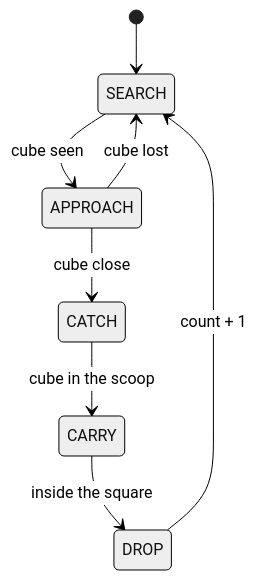
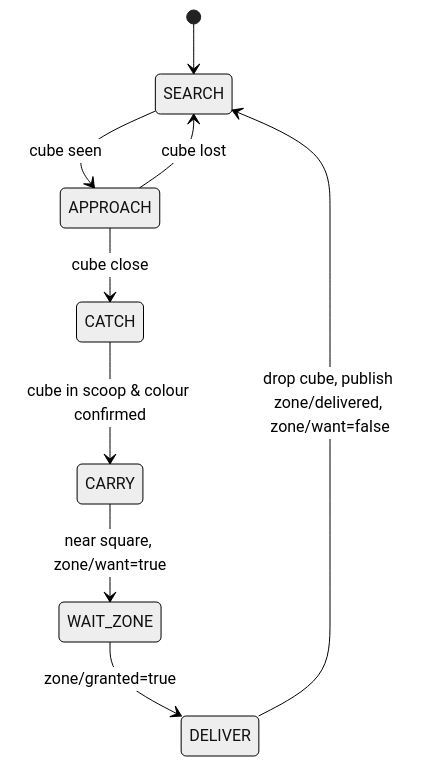
One commit to notoriussss/Ferb-Recolector changed the second of 2 diagrams in docs/architecture.md. Above: the diagram before and after it, drawn with Mermaid (neutral theme). The commit also changed other lines of this file, not shown here.

Commit message:
docs(architecture): actualizar arquitectura con nodo fleet_link y evasión de pares

````diff
--- a/docs/architecture.md
+++ b/docs/architecture.md
@@ -83,10 +121,11 @@
 ```mermaid
 stateDiagram-v2
   [*] --> SEARCH
   SEARCH --> APPROACH: cube seen
   APPROACH --> SEARCH: cube lost
   APPROACH --> CATCH: cube close
-  CATCH --> CARRY: cube in the scoop
-  CARRY --> DROP: inside the square
-  DROP --> SEARCH: count + 1
+  CATCH --> CARRY: cube in scoop & colour confirmed
+  CARRY --> WAIT_ZONE: near square, zone/want=true
+  WAIT_ZONE --> DELIVER: zone/granted=true
+  DELIVER --> SEARCH: drop cube, publish zone/delivered, zone/want=false
 ```
````
